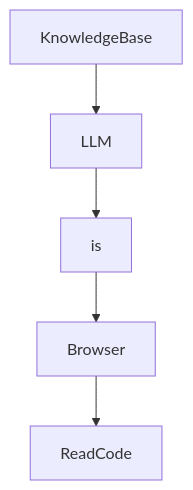
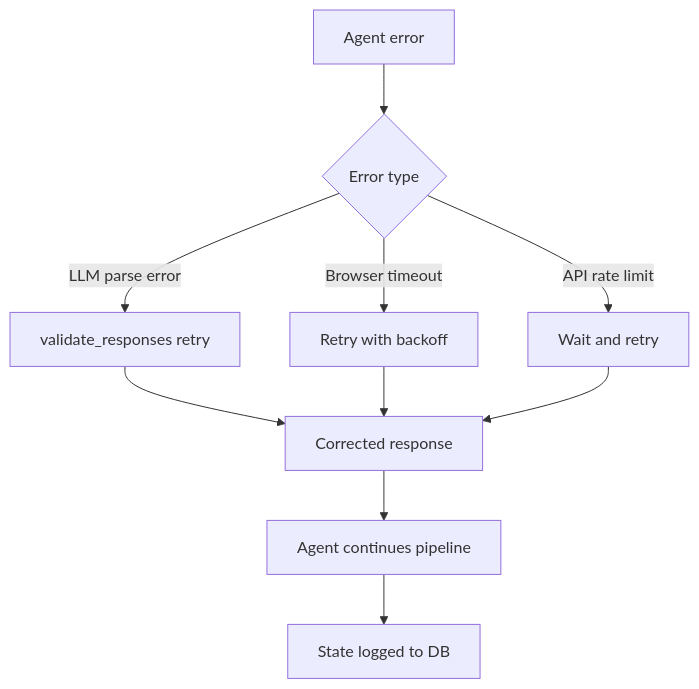
One commit to johnxie/awesome-code-docs changed the diagram in tutorials/devika-tutorial/07-debugging-and-troubleshooting.md. Above: the diagram before and after it, drawn with Mermaid. The commit also changed other lines of this file and 1232 other files, not shown here.

````diff
--- a/tutorials/devika-tutorial/07-debugging-and-troubleshooting.md
+++ b/tutorials/devika-tutorial/07-debugging-and-troubleshooting.md
@@ -202,12 +44,12 @@
 ```mermaid
 flowchart TD
-    A[KnowledgeBase]
-    B[LLM]
-    C[is]
-    D[Browser]
-    E[ReadCode]
-    A --> B
-    B --> C
-    C --> D
-    D --> E
+    A[Agent error] --> B{Error type}
+    B -->|LLM parse error| C[validate_responses retry]
+    B -->|Browser timeout| D[Retry with backoff]
+    B -->|API rate limit| E[Wait and retry]
+    C --> F[Corrected response]
+    D --> F
+    E --> F
+    F --> G[Agent continues pipeline]
+    G --> H[State logged to DB]
 ```
````
